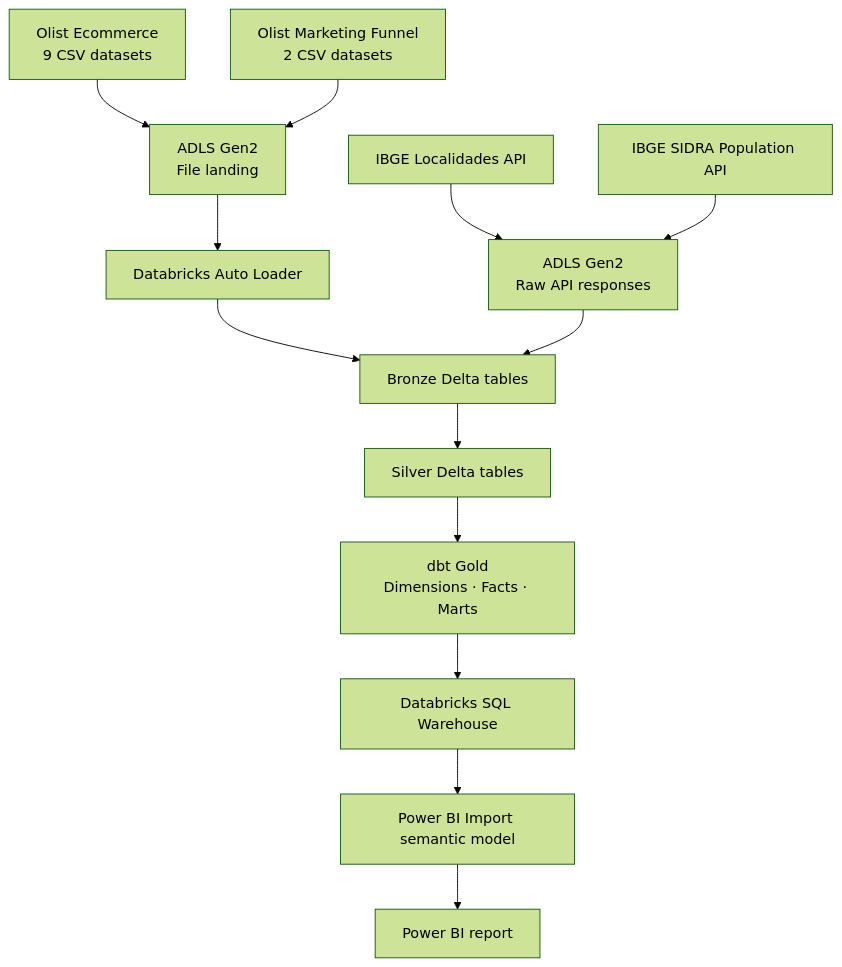
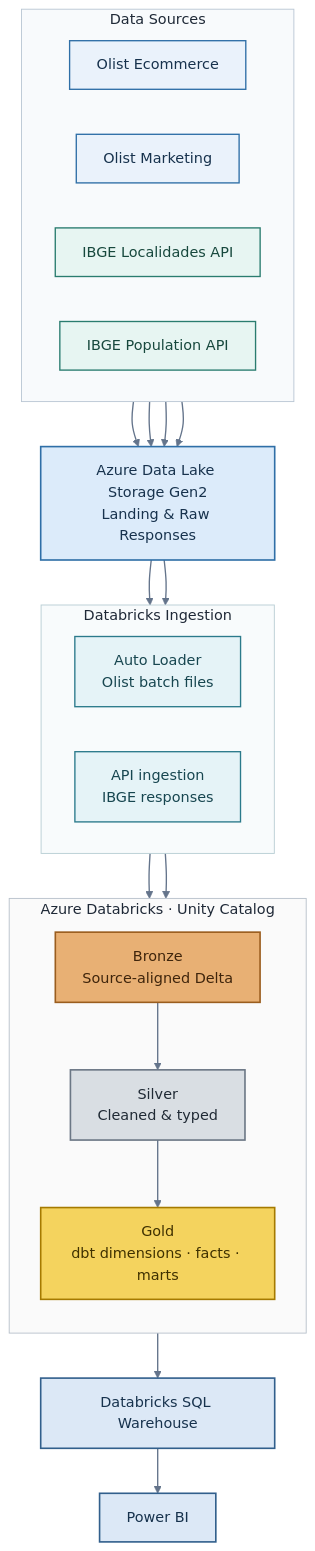
Before and after one commit to ShuvamRS/ecommerce-data-platform: the first of 2 diagrams in README.md, drawn with Mermaid (forest theme). The commit also changed other lines of this file, not shown here.

Commit message:
Polish README presentation

````diff
--- a/README.md
+++ b/README.md
@@ -11,28 +11,65 @@
 ```mermaid
 flowchart TB
-    OE["Olist Ecommerce<br/>9 CSV datasets"]
-    OM["Olist Marketing Funnel<br/>2 CSV datasets"]
-    IL["IBGE Localidades API"]
-    IP["IBGE SIDRA Population API"]
+    subgraph SRC["Data Sources"]
+        direction LR
+        OE["Olist Ecommerce"]
+        OM["Olist Marketing"]
+        IL["IBGE Localidades API"]
+        IP["IBGE Population API"]
+    end
 
-    LF["ADLS Gen2<br/>File landing"]
-    LA["Databricks Auto Loader"]
-    LR["ADLS Gen2<br/>Raw API responses"]
+    ADLS["Azure Data Lake Storage Gen2<br/>Landing & Raw Responses"]
 
-    B["Bronze Delta tables"]
-    S["Silver Delta tables"]
-    G["dbt Gold<br/>Dimensions · Facts · Marts"]
-    W["Databricks SQL Warehouse"]
-    P["Power BI Import semantic model"]
-    R["Power BI report"]
+    subgraph ING["Databricks Ingestion"]
+        direction LR
+        AL["Auto Loader<br/>Olist batch files"]
+        API["API ingestion<br/>IBGE responses"]
+    end
 
-    OE --> LF
-    OM --> LF
-    LF --> LA --> B
+    subgraph MED["Azure Databricks · Unity Catalog"]
+        direction TB
+        B["Bronze<br/>Source-aligned Delta"]
+        S["Silver<br/>Cleaned & typed"]
+        G["Gold<br/>dbt dimensions · facts · marts"]
+        B --> S --> G
+    end
 
-    IL --> LR
-    IP --> LR
-    LR --> B
+    SQL["Databricks SQL Warehouse"]
+    BI["Power BI"]
 
-    B --> S --> G --> W --> P --> R
+    OE --> ADLS
+    OM --> ADLS
+    IL --> ADLS
+    IP --> ADLS
+
+    ADLS --> AL
+    ADLS --> API
+    AL --> B
+    API --> B
+
+    G --> SQL --> BI
+
+    classDef source fill:#EAF2FB,stroke:#2F6FA7,color:#17324D,stroke-width:1.5px
+    classDef api fill:#E7F5F2,stroke:#2A7C6F,color:#17483D,stroke-width:1.5px
+    classDef storage fill:#DCEBFA,stroke:#2F6FA7,color:#17324D,stroke-width:1.8px
+    classDef ingest fill:#E5F3F7,stroke:#2B7A8B,color:#174650,stroke-width:1.5px
+    classDef bronze fill:#E8B074,stroke:#9A5D1E,color:#3F250C,stroke-width:1.8px
+    classDef silver fill:#D9DEE3,stroke:#6B7785,color:#202A35,stroke-width:1.8px
+    classDef gold fill:#F4D35E,stroke:#A57A00,color:#3F3100,stroke-width:1.8px
+    classDef serving fill:#DCE8F6,stroke:#315F8C,color:#17324D,stroke-width:1.8px
+
+    class OE,OM source
+    class IL,IP api
+    class ADLS storage
+    class AL,API ingest
+    class B bronze
+    class S silver
+    class G gold
+    class SQL,BI serving
+
+    style SRC fill:#F8FAFC,stroke:#B9C6D3,stroke-width:1px,color:#1F2937
+    style ING fill:#F8FBFC,stroke:#B7CDD3,stroke-width:1px,color:#1F2937
+    style MED fill:#FAFAFA,stroke:#B7C0CA,stroke-width:1px,color:#1F2937
+
+    linkStyle default stroke:#64748B,stroke-width:1.5px
 ```
````
